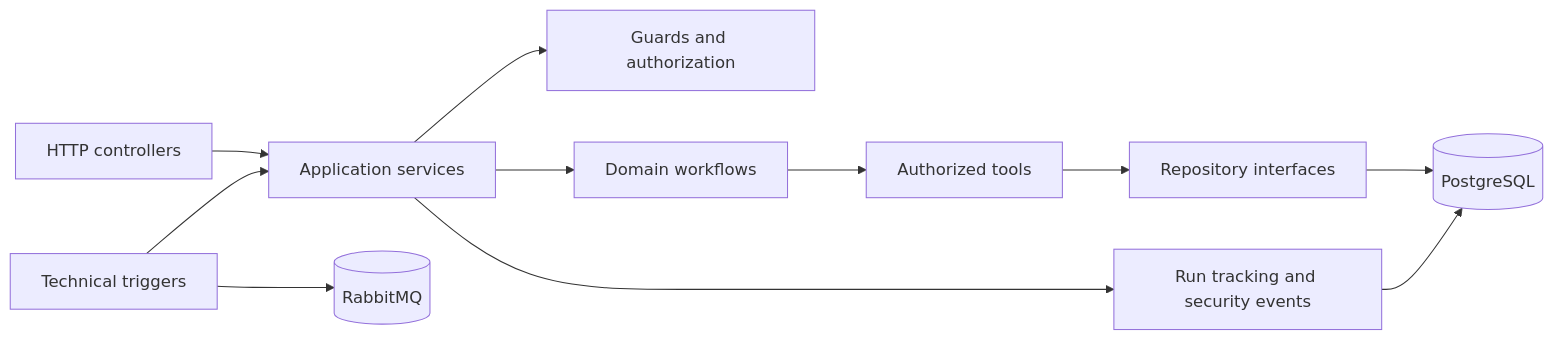
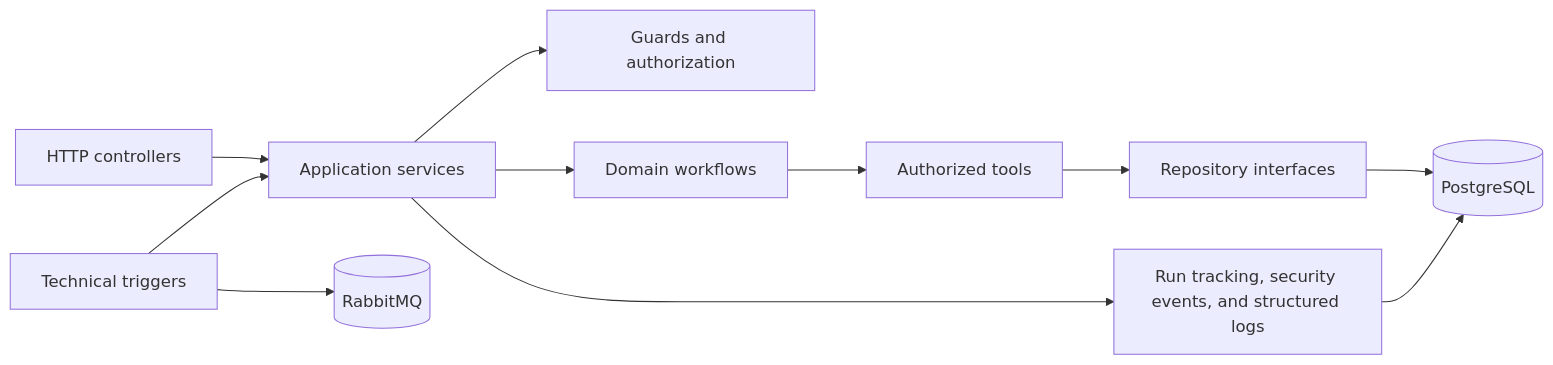
Before and after one commit to ramioooz/hcm-agentic-llmops: the first of 2 diagrams in docs/architecture.md, drawn with Mermaid. The commit also changed other lines of this file and 8 other files, not shown here.

````diff
--- a/docs/architecture.md
+++ b/docs/architecture.md
@@ -5,13 +5,13 @@
 ```mermaid
 flowchart LR
 HTTP["HTTP controllers"] --> APP["Application services"]
 TRIG["Technical triggers"] --> APP
 APP --> GUARD["Guards and authorization"]
 APP --> WF["Domain workflows"]
 WF --> TOOL["Authorized tools"]
 TOOL --> REPO["Repository interfaces"]
 REPO --> DB[("PostgreSQL")]
-APP --> OBS["Run tracking and security events"]
+APP --> OBS["Run tracking, security events, and structured logs"]
 OBS --> DB
 TRIG --> MQ[("RabbitMQ")]
 ```
````
